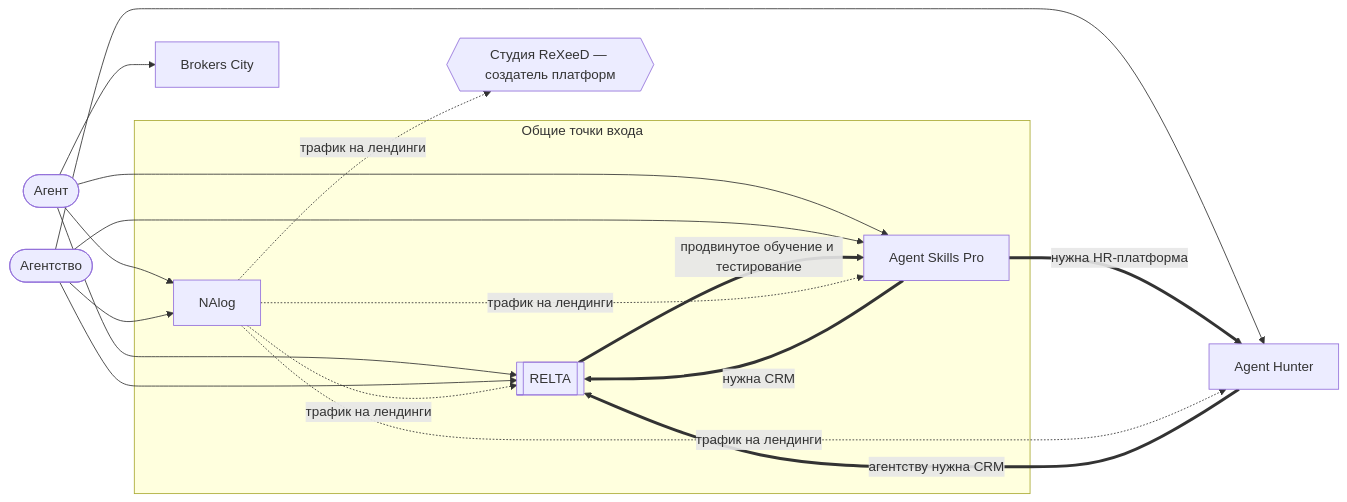
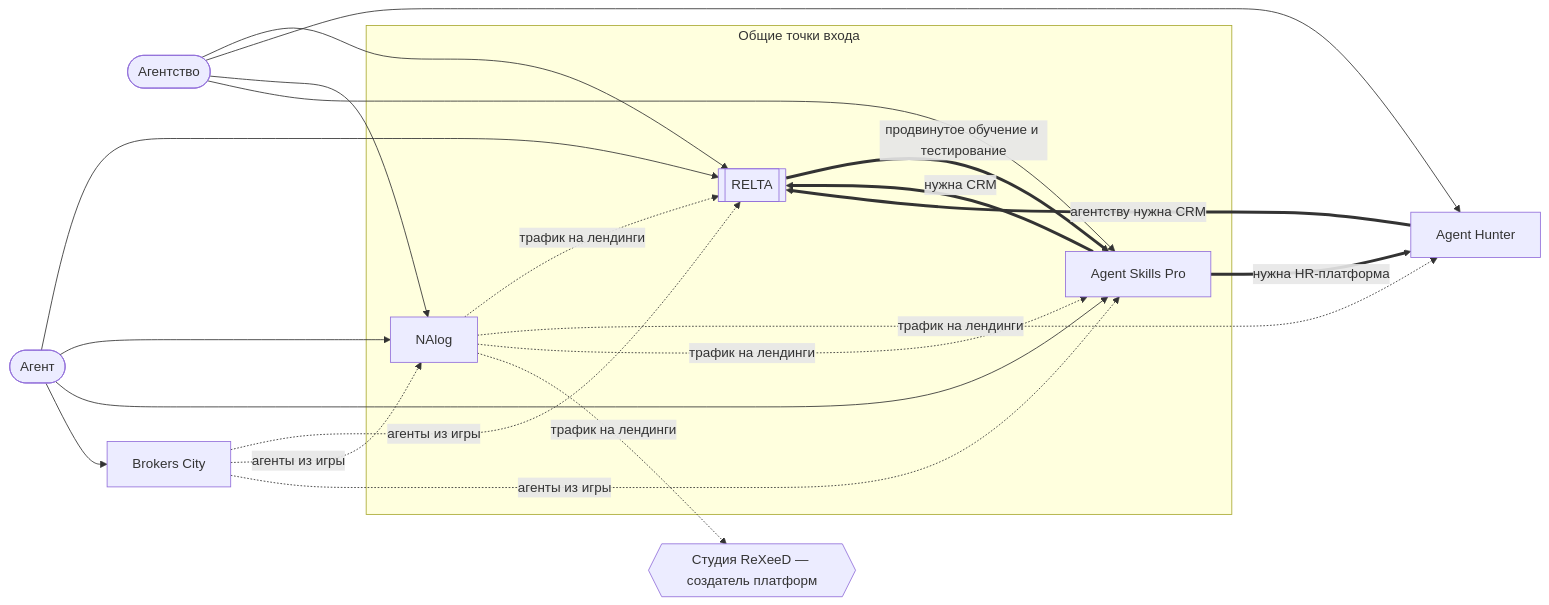
Before and after one commit to dkuplevatskij/AI-Executive-Team: the first of 4 diagrams in reports/decisions/2026-11-02-ecosystem.md, drawn with Mermaid. The commit also changed other lines of this file and 3 other files, not shown here.

````diff
--- a/reports/decisions/2026-11-02-ecosystem.md
+++ b/reports/decisions/2026-11-02-ecosystem.md
@@ -37,20 +37,21 @@
 ```mermaid
 flowchart LR
   A([Агент])
   G([Агентство])
   subgraph S [Общие точки входа]
     R[[RELTA]]
     N[NAlog]
     K[Agent Skills Pro]
   end
   B[Brokers City]
   H[Agent Hunter]
   A --> R & N & K & B
   G --> R & H & N & K
   R ==>|продвинутое обучение и тестирование| K
   H ==>|агентству нужна CRM| R
   K ==>|нужна CRM| R
   K ==>|нужна HR-платформа| H
   X{{Студия ReXeeD — создатель платформ}}
   N -.->|трафик на лендинги| R & H & K & X
+  B -.->|агенты из игры| R & N & K
 ```
````
